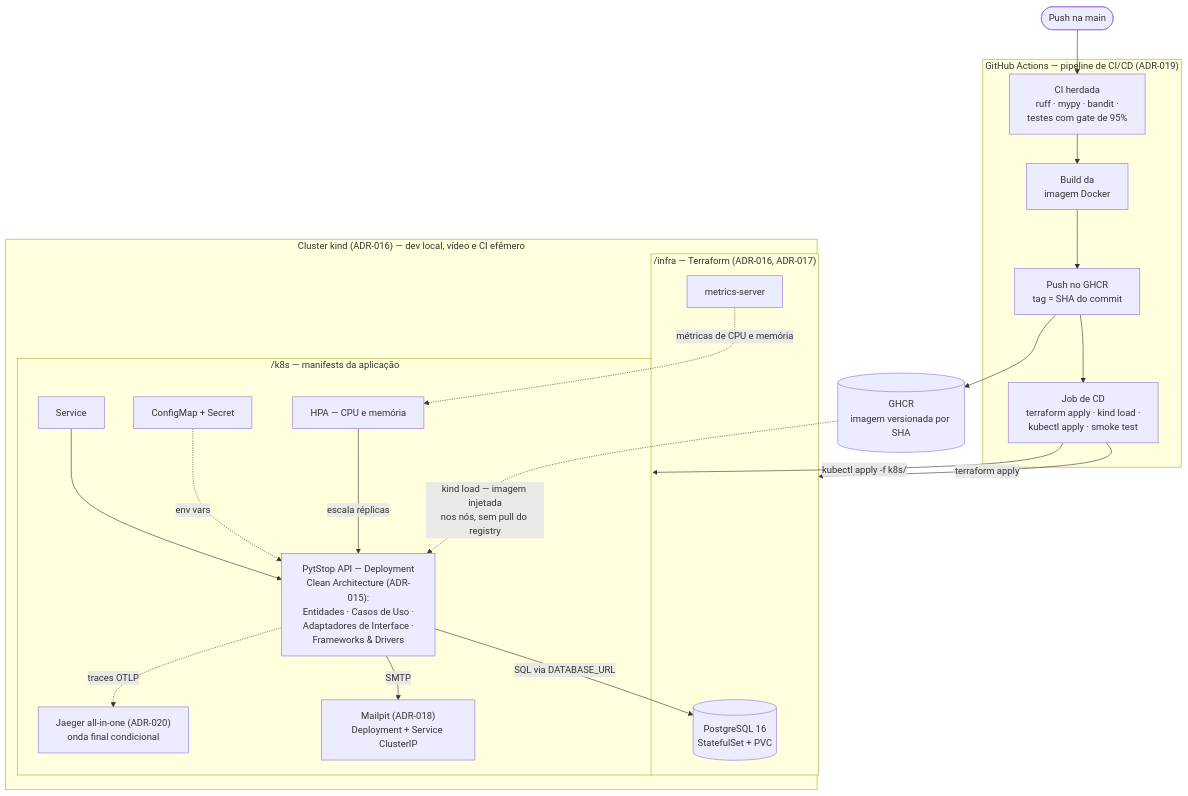
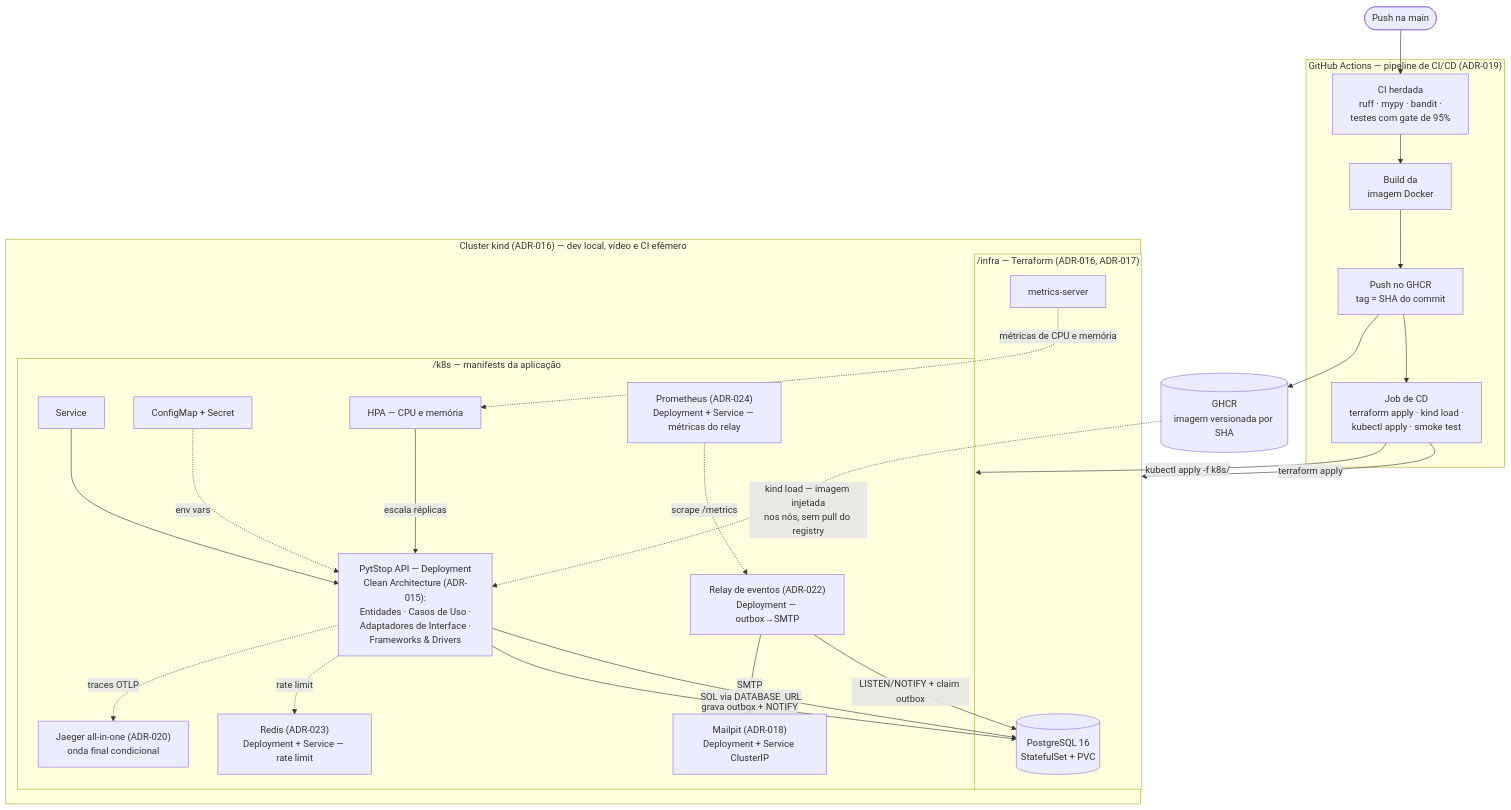
The diagram in README.md (fiap-postech-sw-architecture/postech-sw-arch-p2), drawn with Mermaid before and after one commit. The commit also changed other lines of this file, not shown here.

First line of the commit message:
docs(readme): atualiza README pra fase 2 — diagrama, ADRs, e-mail, cobertura (#77)

````diff
--- a/README.md
+++ b/README.md
@@ -35,40 +37,47 @@
 ```mermaid
 flowchart TB
     push_main(["Push na main"]) --> ci_stage
 
     subgraph gha["GitHub Actions — pipeline de CI/CD (ADR-019)"]
         ci_stage["CI herdada<br/>ruff · mypy · bandit ·<br/>testes com gate de 95%"] --> build_img["Build da<br/>imagem Docker"]
         build_img --> publish["Push no GHCR<br/>tag = SHA do commit"]
         publish --> cd_job["Job de CD<br/>terraform apply · kind load ·<br/>kubectl apply · smoke test"]
     end
 
     ghcr[("GHCR<br/>imagem versionada por SHA")]
     publish --> ghcr
 
     cd_job -->|"terraform apply"| infra_tf
     cd_job -->|"kubectl apply -f k8s/"| k8s_app
     ghcr -.->|"kind load — imagem injetada<br/>nos nós, sem pull do registry"| app
 
     subgraph cluster["Cluster kind (ADR-016) — dev local, vídeo e CI efêmero"]
         subgraph infra_tf["/infra — Terraform (ADR-016, ADR-017)"]
             pg[("PostgreSQL 16<br/>StatefulSet + PVC")]
             ms["metrics-server"]
         end
         subgraph k8s_app["/k8s — manifests da aplicação"]
             svc["Service"]
             app["PytStop API — Deployment<br/>Clean Architecture (ADR-015):<br/>Entidades · Casos de Uso ·<br/>Adaptadores de Interface ·<br/>Frameworks & Drivers"]
             cfg["ConfigMap + Secret"]
             hpa["HPA — CPU e memória"]
             mailpit["Mailpit (ADR-018)<br/>Deployment + Service ClusterIP"]
             jaeger["Jaeger all-in-one (ADR-020)<br/>onda final condicional"]
+            relay["Relay de eventos (ADR-022)<br/>Deployment — outbox→SMTP"]
+            redis["Redis (ADR-023)<br/>Deployment + Service — rate limit"]
+            prometheus["Prometheus (ADR-024)<br/>Deployment + Service — métricas do relay"]
         end
     end
 
     svc --> app
     cfg -.->|"env vars"| app
     hpa -->|"escala réplicas"| app
     ms -.->|"métricas de CPU e memória"| hpa
     app -->|"SQL via DATABASE_URL"| pg
-    app -->|"SMTP"| mailpit
+    app -->|"grava outbox + NOTIFY"| pg
+    relay -->|"LISTEN/NOTIFY + claim outbox"| pg
+    relay -->|"SMTP"| mailpit
+    app -.->|"rate limit"| redis
     app -.->|"traces OTLP"| jaeger
+    prometheus -.->|"scrape /metrics"| relay
 ```
````
